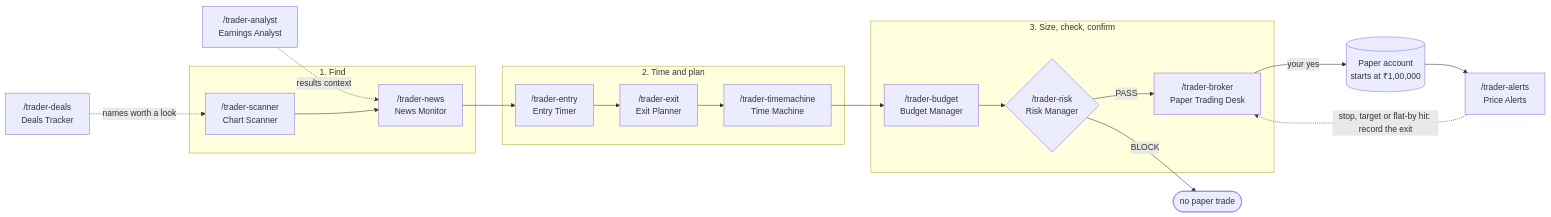
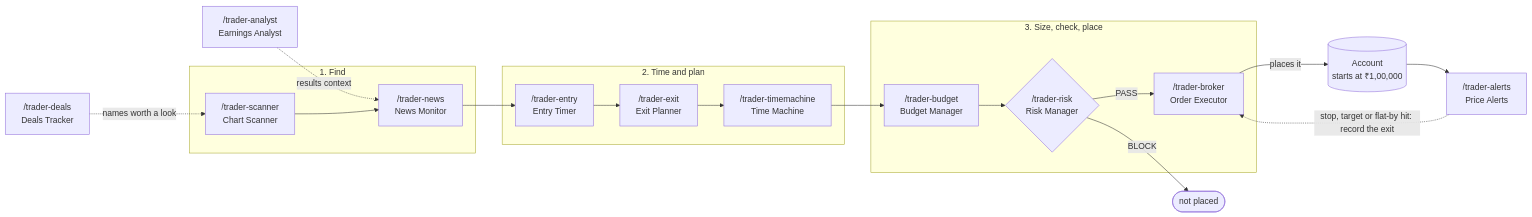
One commit to amansoni7477030/day-trader-skill-indian-market changed the first of 7 diagrams in README.md. Above: the diagram before and after it, drawn with Mermaid. The commit also changed other lines of this file and 26 other files, not shown here.

First line of the commit message:
Place orders as soon as the risk check passes; drop the paper-trading wording

````diff
--- a/README.md
+++ b/README.md
@@ -64,27 +65,27 @@
 ```mermaid
 flowchart LR
     subgraph S1["1. Find"]
         SC["/trader-scanner<br/>Chart Scanner"]
         NW["/trader-news<br/>News Monitor"]
     end
     subgraph S2["2. Time and plan"]
         EN["/trader-entry<br/>Entry Timer"]
         EX["/trader-exit<br/>Exit Planner"]
         TM["/trader-timemachine<br/>Time Machine"]
     end
-    subgraph S3["3. Size, check, confirm"]
+    subgraph S3["3. Size, check, place"]
         BU["/trader-budget<br/>Budget Manager"]
         RK{"/trader-risk<br/>Risk Manager"}
-        BR["/trader-broker<br/>Paper Trading Desk"]
+        BR["/trader-broker<br/>Order Executor"]
     end
 
     DL["/trader-deals<br/>Deals Tracker"] -.->|"names worth a look"| SC
     AN["/trader-analyst<br/>Earnings Analyst"] -.->|"results context"| NW
 
     SC --> NW --> EN --> EX --> TM --> BU --> RK
     RK -->|"PASS"| BR
-    RK -->|"BLOCK"| NO(["no paper trade"])
-    BR -->|"your yes"| PA[("Paper account<br/>starts at ₹1,00,000")]
+    RK -->|"BLOCK"| NO(["not placed"])
+    BR -->|"places it"| PA[("Account<br/>starts at ₹1,00,000")]
     PA --> AL["/trader-alerts<br/>Price Alerts"]
     AL -.->|"stop, target or flat-by hit: record the exit"| BR
 ```
````
